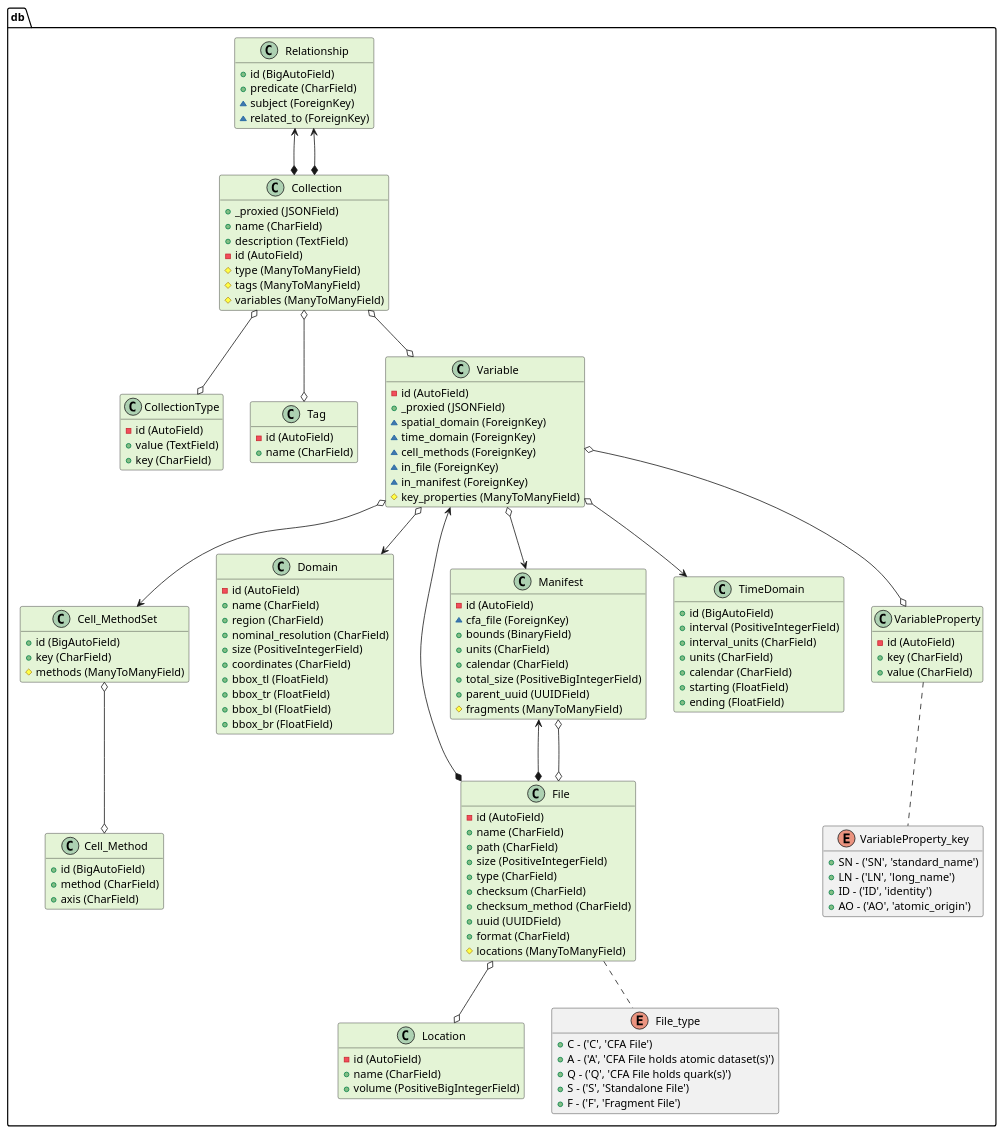
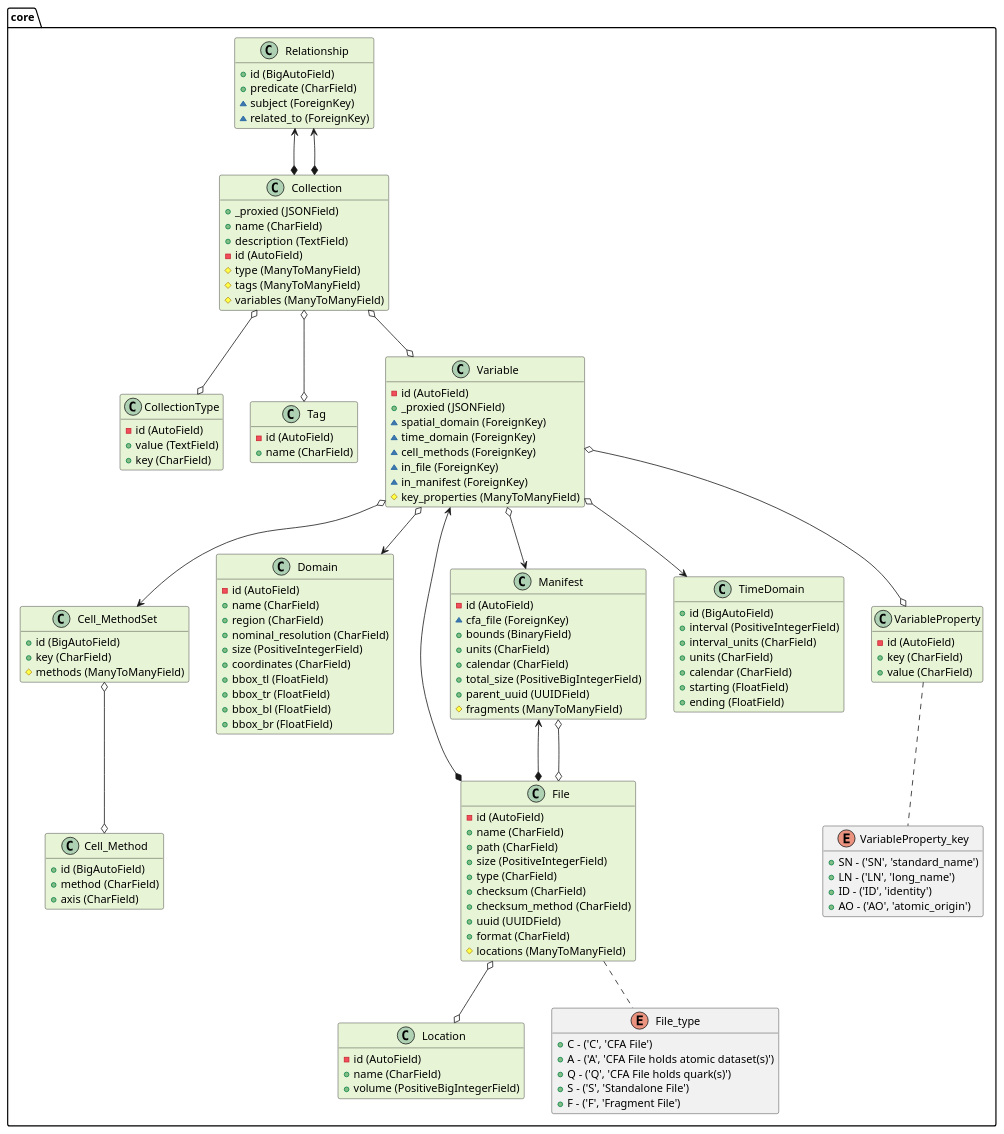
Before and after one commit to bnlawrence/cfs: the diagram in docs/diagrams/src/db_uml.pu, drawn with PlantUML. The commit also changed 8 other files, not shown here.

```diff
--- a/docs/diagrams/src/db_uml.pu
+++ b/docs/diagrams/src/db_uml.pu
@@ -1,158 +1,158 @@
 @startuml 
 hide attributes
-class db.Cell_Method #e4f4d6 {
+class core.Cell_Method #e8f4d6 {
     + id (BigAutoField)
     + method (CharField)
     + axis (CharField)
 }
 
 
-class db.Cell_MethodSet #e4f4d6 {
+class core.Cell_MethodSet #e8f4d6 {
     + id (BigAutoField)
     + key (CharField)
     # methods (ManyToManyField)
 }
-db.Cell_MethodSet o--o db.Cell_Method
+core.Cell_MethodSet o--o core.Cell_Method
 
 
-class db.CollectionType #e4f4d6 {
+class core.CollectionType #e8f4d6 {
     - id (AutoField)
     + value (TextField)
     + key (CharField)
 }
 
 
-class db.Collection #e4f4d6 {
+class core.Collection #e8f4d6 {
     + _proxied (JSONField)
     + name (CharField)
     + description (TextField)
     - id (AutoField)
     # type (ManyToManyField)
     # tags (ManyToManyField)
     # variables (ManyToManyField)
 }
-db.Collection o--o db.CollectionType
-db.Collection o--o db.Tag
-db.Collection o--o db.Variable
+core.Collection o--o core.CollectionType
+core.Collection o--o core.Tag
+core.Collection o--o core.Variable
 
 
-class db.Domain #e4f4d6 {
+class core.Domain #e8f4d6 {
     - id (AutoField)
     + name (CharField)
     + region (CharField)
     + nominal_resolution (CharField)
     + size (PositiveIntegerField)
     + coordinates (CharField)
     + bbox_tl (FloatField)
     + bbox_tr (FloatField)
     + bbox_bl (FloatField)
     + bbox_br (FloatField)
 }
 
 
-class db.File #e4f4d6 {
+class core.File #e8f4d6 {
     - id (AutoField)
     + name (CharField)
     + path (CharField)
     + size (PositiveIntegerField)
     + type (CharField)
     + checksum (CharField)
     + checksum_method (CharField)
     + uuid (UUIDField)
     + format (CharField)
     # locations (ManyToManyField)
 }
-db.File o--o db.Location
-db.File .- db.File_type
+core.File o--o core.Location
+core.File .- core.File_type
 
 
-class db.Location #e4f4d6 {
+class core.Location #e8f4d6 {
     - id (AutoField)
     + name (CharField)
     + volume (PositiveBigIntegerField)
 }
 
 
-class db.Manifest #e4f4d6 {
+class core.Manifest #e8f4d6 {
     - id (AutoField)
     ~ cfa_file (ForeignKey)
     + bounds (BinaryField)
     + units (CharField)
     + calendar (CharField)
     + total_size (PositiveBigIntegerField)
     + parent_uuid (UUIDField)
     # fragments (ManyToManyField)
 }
-db.Manifest <--* db.File
-db.Manifest o--o db.File
+core.Manifest <--* core.File
+core.Manifest o--o core.File
 
 
-class db.Relationship #e4f4d6 {
+class core.Relationship #e8f4d6 {
     + id (BigAutoField)
     + predicate (CharField)
     ~ subject (ForeignKey)
     ~ related_to (ForeignKey)
 }
-db.Relationship <--* db.Collection
-db.Relationship <--* db.Collection
+core.Relationship <--* core.Collection
+core.Relationship <--* core.Collection
 
 
-class db.Tag #e4f4d6 {
+class core.Tag #e8f4d6 {
     - id (AutoField)
     + name (CharField)
 }
 
 
-class db.TimeDomain #e4f4d6 {
+class core.TimeDomain #e8f4d6 {
     + id (BigAutoField)
     + interval (PositiveIntegerField)
     + interval_units (CharField)
     + units (CharField)
     + calendar (CharField)
     + starting (FloatField)
     + ending (FloatField)
 }
 
 
-class db.VariableProperty #e4f4d6 {
+class core.VariableProperty #e8f4d6 {
     - id (AutoField)
     + key (CharField)
     + value (CharField)
 }
-db.VariableProperty .- db.VariableProperty_key
+core.VariableProperty .- core.VariableProperty_key
 
 
-class db.Variable #e4f4d6 {
+class core.Variable #e8f4d6 {
     - id (AutoField)
     + _proxied (JSONField)
     ~ spatial_domain (ForeignKey)
     ~ time_domain (ForeignKey)
     ~ cell_methods (ForeignKey)
     ~ in_file (ForeignKey)
     ~ in_manifest (ForeignKey)
     # key_properties (ManyToManyField)
 }
-db.Variable o--> db.Domain
-db.Variable o--> db.TimeDomain
-db.Variable o--> db.Cell_MethodSet
-db.Variable <--* db.File
-db.Variable o--> db.Manifest
-db.Variable o--o db.VariableProperty
+core.Variable o--> core.Domain
+core.Variable o--> core.TimeDomain
+core.Variable o--> core.Cell_MethodSet
+core.Variable <--* core.File
+core.Variable o--> core.Manifest
+core.Variable o--o core.VariableProperty
 
 
-enum db.File_type{
+enum core.File_type{
     + C - ('C', 'CFA File')
     + A - ('A', 'CFA File holds atomic dataset(s)')
     + Q - ('Q', 'CFA File holds quark(s)')
     + S - ('S', 'Standalone File')
     + F - ('F', 'Fragment File')
 }
 
-enum db.VariableProperty_key{
+enum core.VariableProperty_key{
     + SN - ('SN', 'standard_name')
     + LN - ('LN', 'long_name')
     + ID - ('ID', 'identity')
     + AO - ('AO', 'atomic_origin')
 }
 
 @enduml
```
